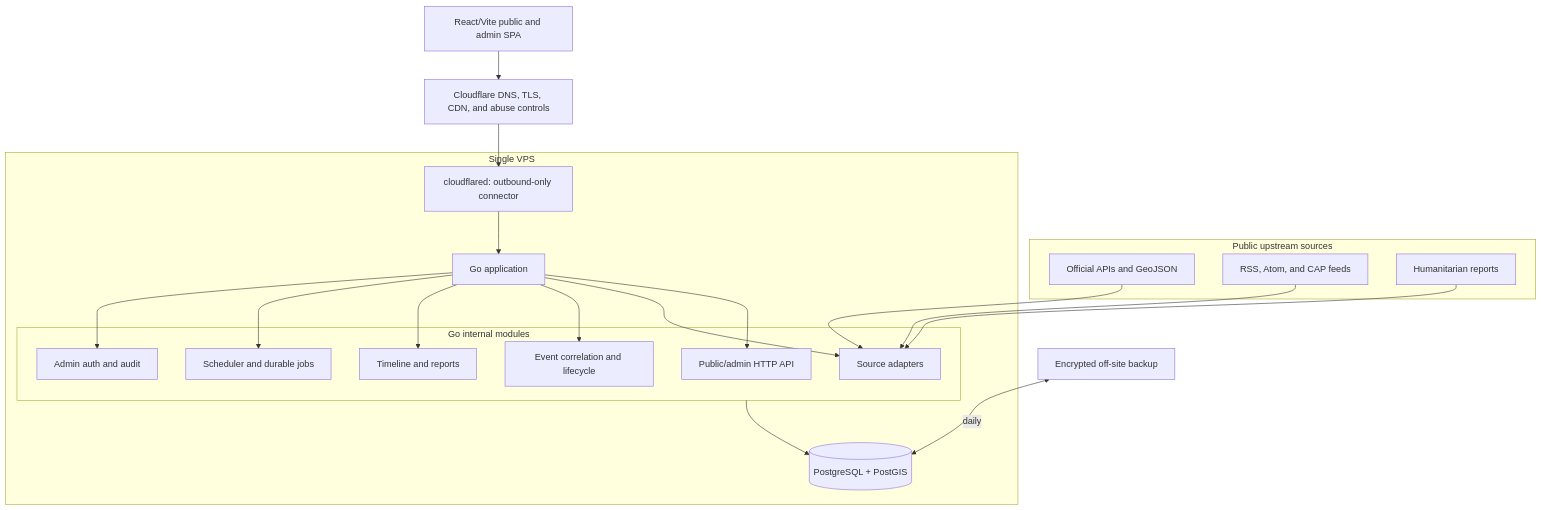
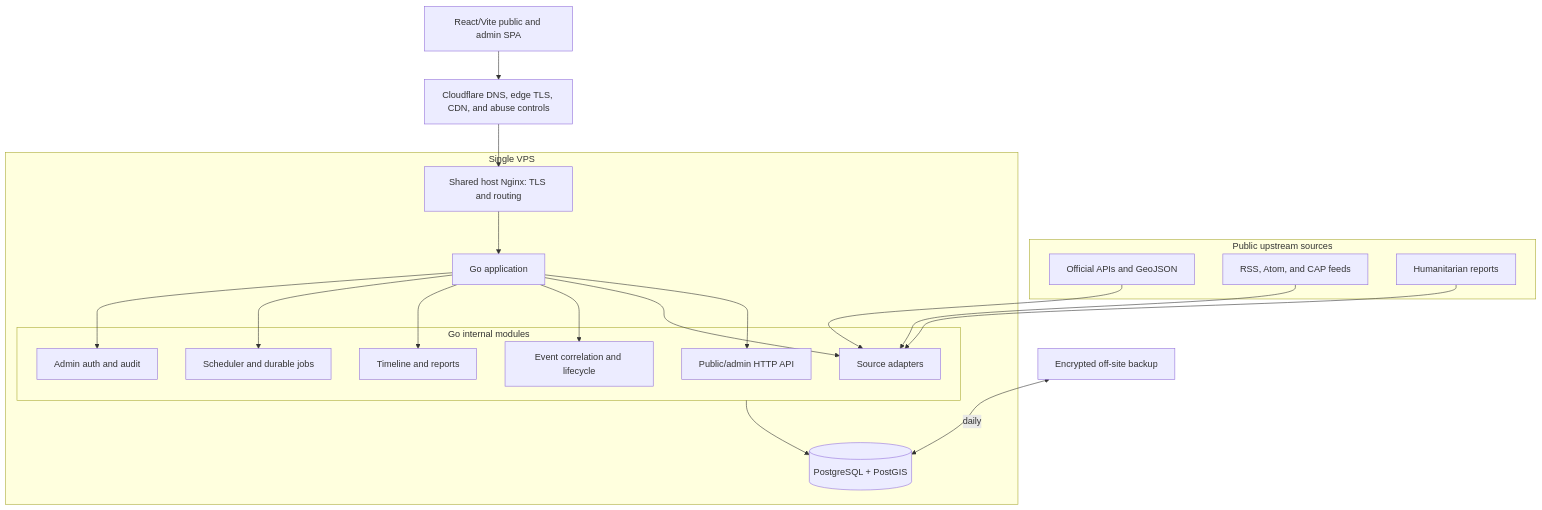
Before and after one commit to prabhavalabs/atlas: the diagram in docs/05-architecture.md, drawn with Mermaid. The commit also changed other lines of this file and 14 other files, not shown here.

Commit message:
refactor(ops): replace tunnel with shared nginx ingress (#2)

````diff
--- a/docs/05-architecture.md
+++ b/docs/05-architecture.md
@@ -7,39 +7,39 @@
 ```mermaid
 flowchart TB
     subgraph Upstream["Public upstream sources"]
         APIs["Official APIs and GeoJSON"]
         Feeds["RSS, Atom, and CAP feeds"]
         Reports["Humanitarian reports"]
     end
 
     subgraph VPS["Single VPS"]
-        Tunnel["cloudflared: outbound-only connector"]
+        Nginx["Shared host Nginx: TLS and routing"]
         App["Go application"]
         DB[("PostgreSQL + PostGIS")]
 
         subgraph Modules["Go internal modules"]
             HTTP["Public/admin HTTP API"]
             Ingest["Source adapters"]
             Events["Event correlation and lifecycle"]
             Editorial["Timeline and reports"]
             Jobs["Scheduler and durable jobs"]
             Auth["Admin auth and audit"]
         end
 
-        Tunnel --> App
+        Nginx --> App
         App --> HTTP
         App --> Ingest
         App --> Events
         App --> Editorial
         App --> Jobs
         App --> Auth
         Modules --> DB
     end
 
     APIs --> Ingest
     Feeds --> Ingest
     Reports --> Ingest
-    Edge["Cloudflare DNS, TLS, CDN, and abuse controls"] --> Tunnel
+    Edge["Cloudflare DNS, edge TLS, CDN, and abuse controls"] --> Nginx
     Browser["React/Vite public and admin SPA"] --> Edge
     Backup["Encrypted off-site backup"] <-->|"daily"| DB
 ```
````
